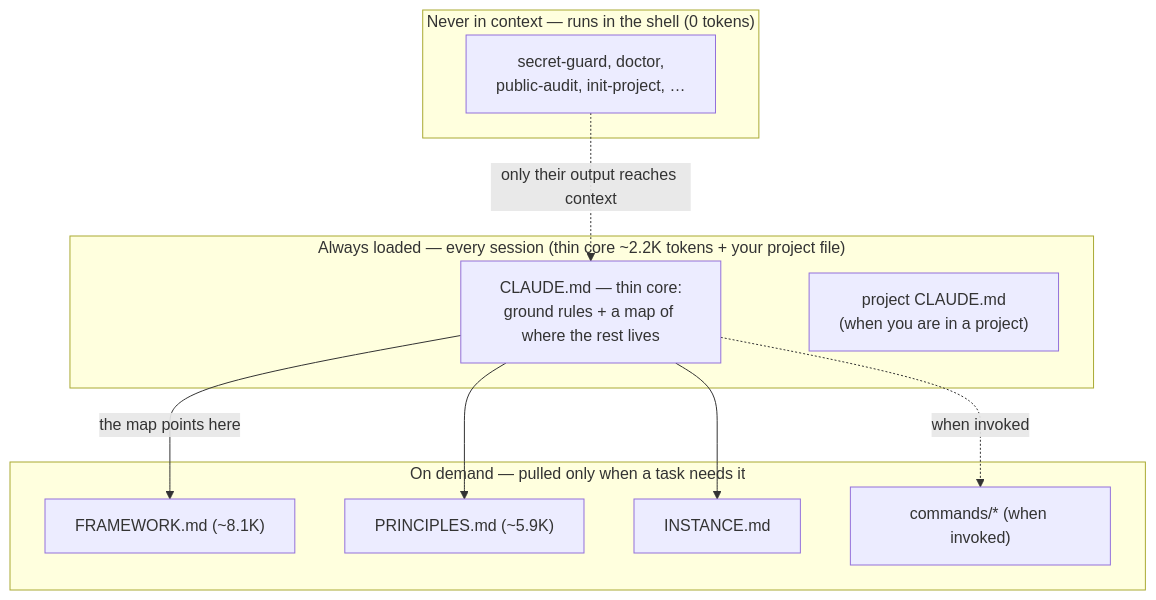
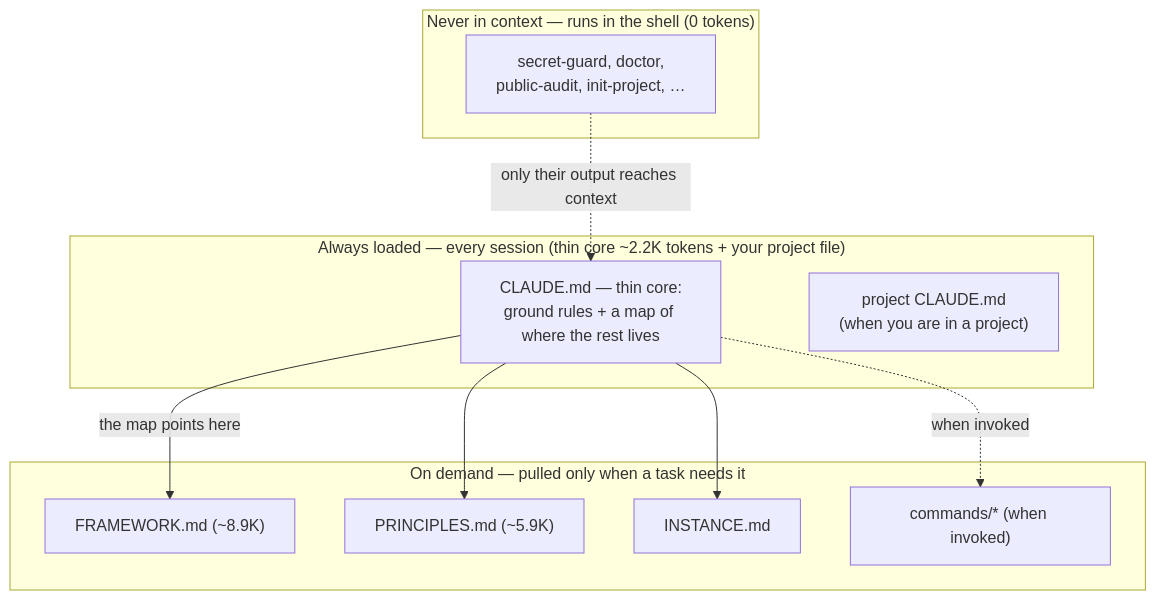
Before and after one commit to rockerlabs/keel: the diagram in README.md, drawn with Mermaid. The commit also changed 6 other files, not shown here.

````diff
--- a/README.md
+++ b/README.md
@@ -120,21 +120,21 @@
 ```mermaid
 flowchart TD
     subgraph always["Always loaded — every session (thin core ~2.2K tokens + your project file)"]
         core["CLAUDE.md — thin core:<br/>ground rules + a map of where the rest lives"]
         proj["project CLAUDE.md<br/>(when you are in a project)"]
     end
     subgraph demand["On demand — pulled only when a task needs it"]
-        fw["FRAMEWORK.md (~8.1K)"]
+        fw["FRAMEWORK.md (~8.9K)"]
         prin["PRINCIPLES.md (~5.9K)"]
         inst["INSTANCE.md"]
         cmd["commands/* (when invoked)"]
     end
     subgraph never["Never in context — runs in the shell (0 tokens)"]
         tools["secret-guard, doctor,<br/>public-audit, init-project, …"]
     end
     core -->|the map points here| fw
     core --> prin
     core --> inst
     core -.->|when invoked| cmd
     tools -.->|only their output reaches context| core
 ```
````
